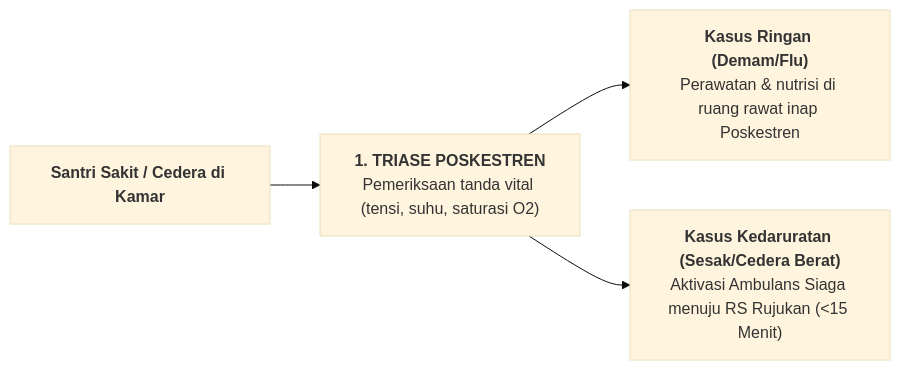
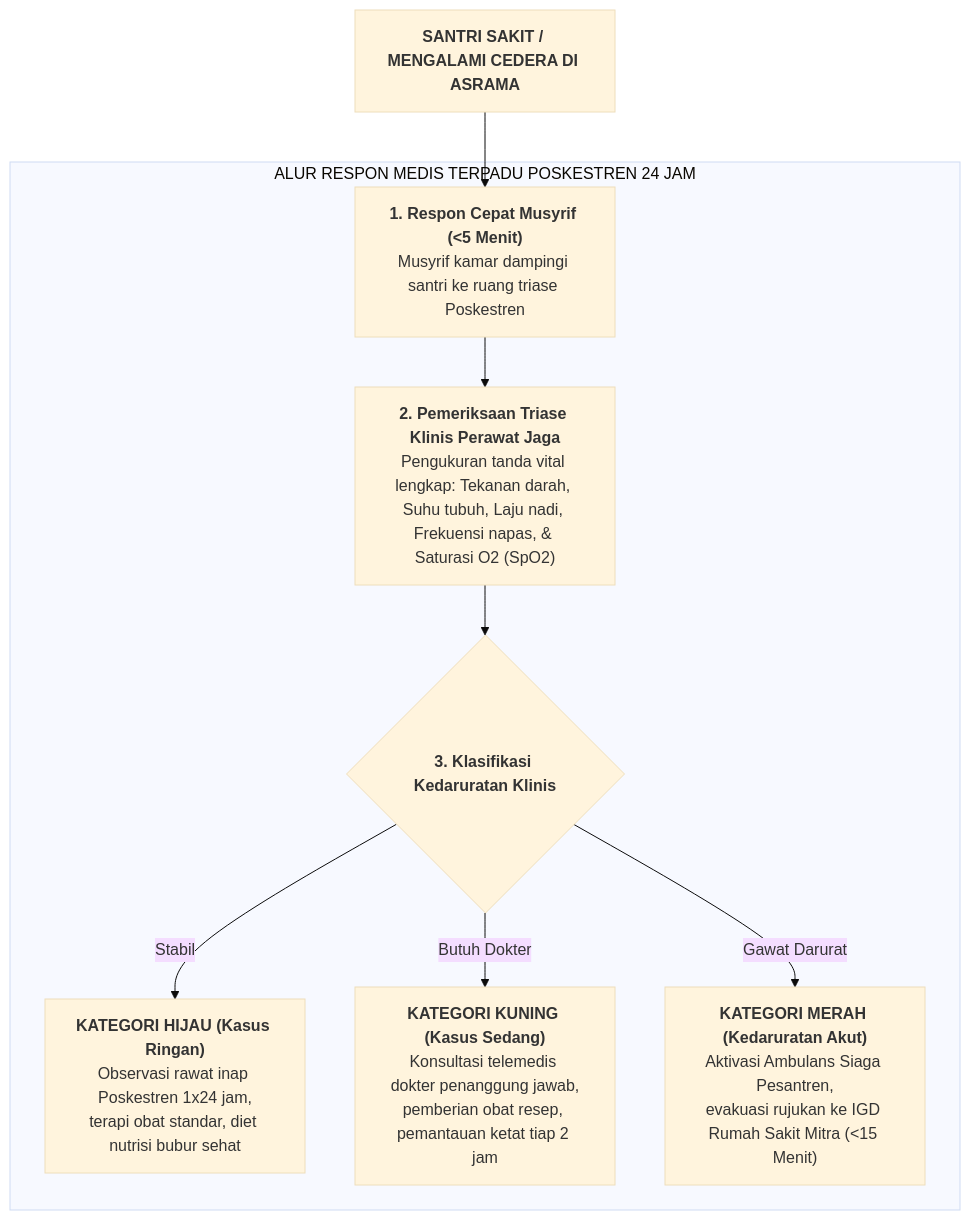
One commit to wandiapriliyandi/tumbuh changed the diagram in BOOK Series 2/Volume-05-Manual-Operasional-SOP-24Jam-dan-Tata-Kelola/Bab-07-Manajemen-Krisis-dan-Perlindungan-Anak/01-SOP-Kedaruratan-Medis-Poskestren.md. Above: the diagram before and after it, drawn with Mermaid (base theme). The commit also changed other lines of this file and 61 other files, not shown here.

````diff
--- a/BOOK Series 2/Volume-05-Manual-Operasional-SOP-24Jam-dan-Tata-Kelola/Bab-07-Manajemen-Krisis-dan-Perlindungan-Anak/01-SOP-Kedaruratan-Medis-Poskestren.md
+++ b/BOOK Series 2/Volume-05-Manual-Operasional-SOP-24Jam-dan-Tata-Kelola/Bab-07-Manajemen-Krisis-dan-Perlindungan-Anak/01-SOP-Kedaruratan-Medis-Poskestren.md
@@ -9,7 +13,23 @@
 ```mermaid
-flowchart LR
-    Sakit["<b>Santri Sakit / Cedera di Kamar</b>"] --> Triase["<b>1. TRIASE POSKESTREN</b><br/>Pemeriksaan tanda vital (tensi, suhu, saturasi O2)"]
+flowchart TD
+    SantriSakit["<b>SANTRI SAKIT / MENGALAMI CEDERA DI ASRAMA</b>"]
     
-    Triase --> Ringan["<b>Kasus Ringan (Demam/Flu)</b><br/>Perawatan & nutrisi di ruang rawat inap Poskestren"]
-    Triase --> Darurat["<b>Kasus Kedaruratan (Sesak/Cedera Berat)</b><br/>Aktivasi Ambulans Siaga menuju RS Rujukan (<15 Menit)"]
+    subgraph AlurTriase["ALUR RESPON MEDIS TERPADU POSKESTREN 24 JAM"]
+        Lapor["<b>1. Respon Cepat Musyrif (<5 Menit)</b><br/>Musyrif kamar dampingi santri ke ruang triase Poskestren"]
+        
+        Triase["<b>2. Pemeriksaan Triase Klinis Perawat Jaga</b><br/>Pengukuran tanda vital lengkap: Tekanan darah, Suhu tubuh, Laju nadi, Frekuensi napas, & Saturasi O2 (SpO2)"]
+        
+        Keputusan{"<b>3. Klasifikasi Kedaruratan Klinis</b>"}
+        
+        Hijau["<b>KATEGORI HIJAU (Kasus Ringan)</b><br/>Observasi rawat inap Poskestren 1x24 jam,<br/>terapi obat standar, diet nutrisi bubur sehat"]
+        
+        Kuning["<b>KATEGORI KUNING (Kasus Sedang)</b><br/>Konsultasi telemedis dokter penanggung jawab,<br/>pemberian obat resep, pemantauan ketat tiap 2 jam"]
+        
+        Merah["<b>KATEGORI MERAH (Kedaruratan Akut)</b><br/>Aktivasi Ambulans Siaga Pesantren,<br/>evakuasi rujukan ke IGD Rumah Sakit Mitra (<15 Menit)"]
+    end
+
+    SantriSakit --> Lapor --> Triase --> Keputusan
+    Keputusan -->|Stabil| Hijau
+    Keputusan -->|Butuh Dokter| Kuning
+    Keputusan -->|Gawat Darurat| Merah
 ```
````
